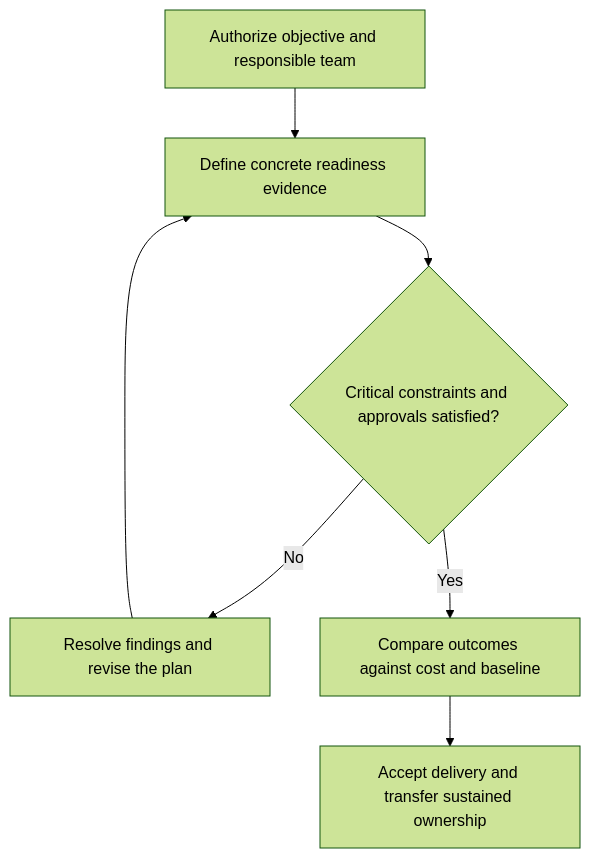
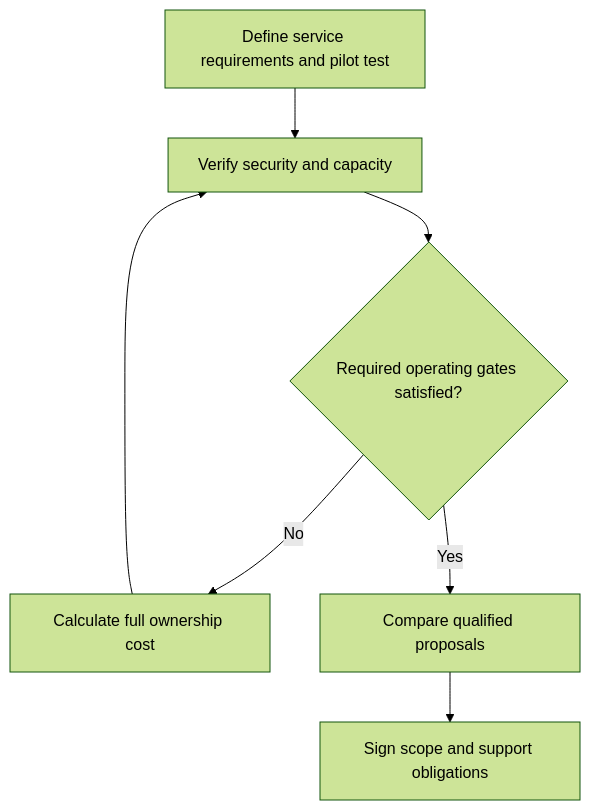
The diagram in 08-optimization-sustainability-technology/section-c-technology-trends/11-technology-selection-feasibility-tco-and-value.md (theleanx/SupplyChain-Design-Notes), drawn with Mermaid (forest theme) before and after one commit. The commit also changed other lines of this file and 8 other files, not shown here.

Commit message:
refactor(module8): make C10-C18 decision logic, Mermaid, and practitioner notes topic-specific

````diff
--- a/08-optimization-sustainability-technology/section-c-technology-trends/11-technology-selection-feasibility-tco-and-value.md
+++ b/08-optimization-sustainability-technology/section-c-technology-trends/11-technology-selection-feasibility-tco-and-value.md
@@ -40,9 +40,9 @@
 ```mermaid
 flowchart TD
-    A[Authorize objective and responsible team] --> B[Define concrete readiness evidence]
-    B --> C{Critical constraints and approvals satisfied?}
-    C -- No --> D[Resolve findings and revise the plan]
+    A[Define service requirements and pilot test] --> B[Verify security and capacity]
+    B --> C{Required operating gates satisfied?}
+    C -- No --> D[Calculate full ownership cost]
     D --> B
-    C -- Yes --> E[Compare outcomes against cost and baseline]
-    E --> F[Accept delivery and transfer sustained ownership]
+    C -- Yes --> E[Compare qualified proposals]
+    E --> F[Sign scope and support obligations]
 ```
````
